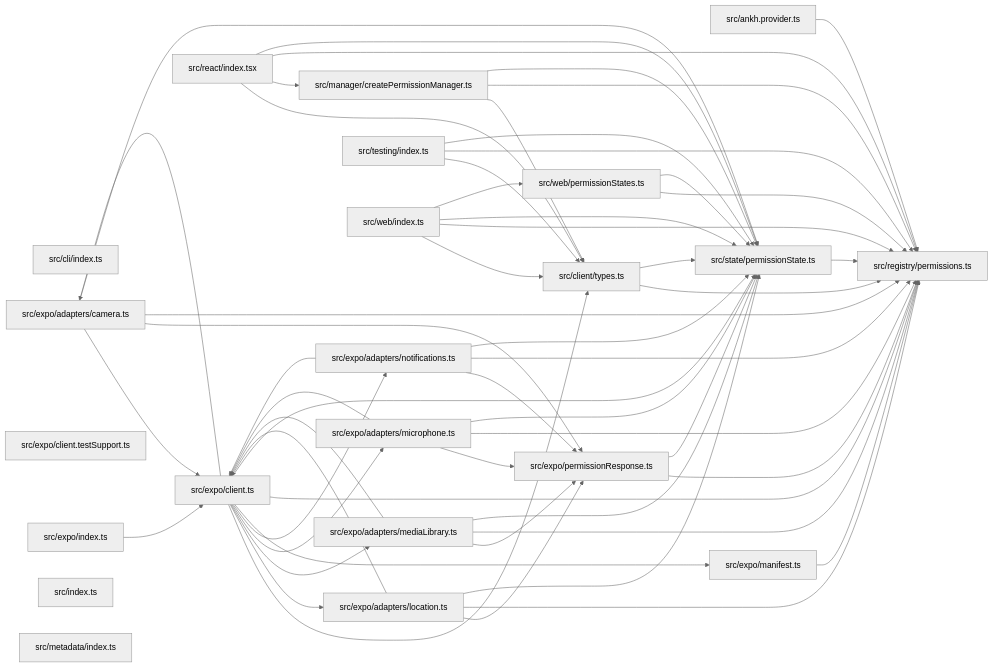
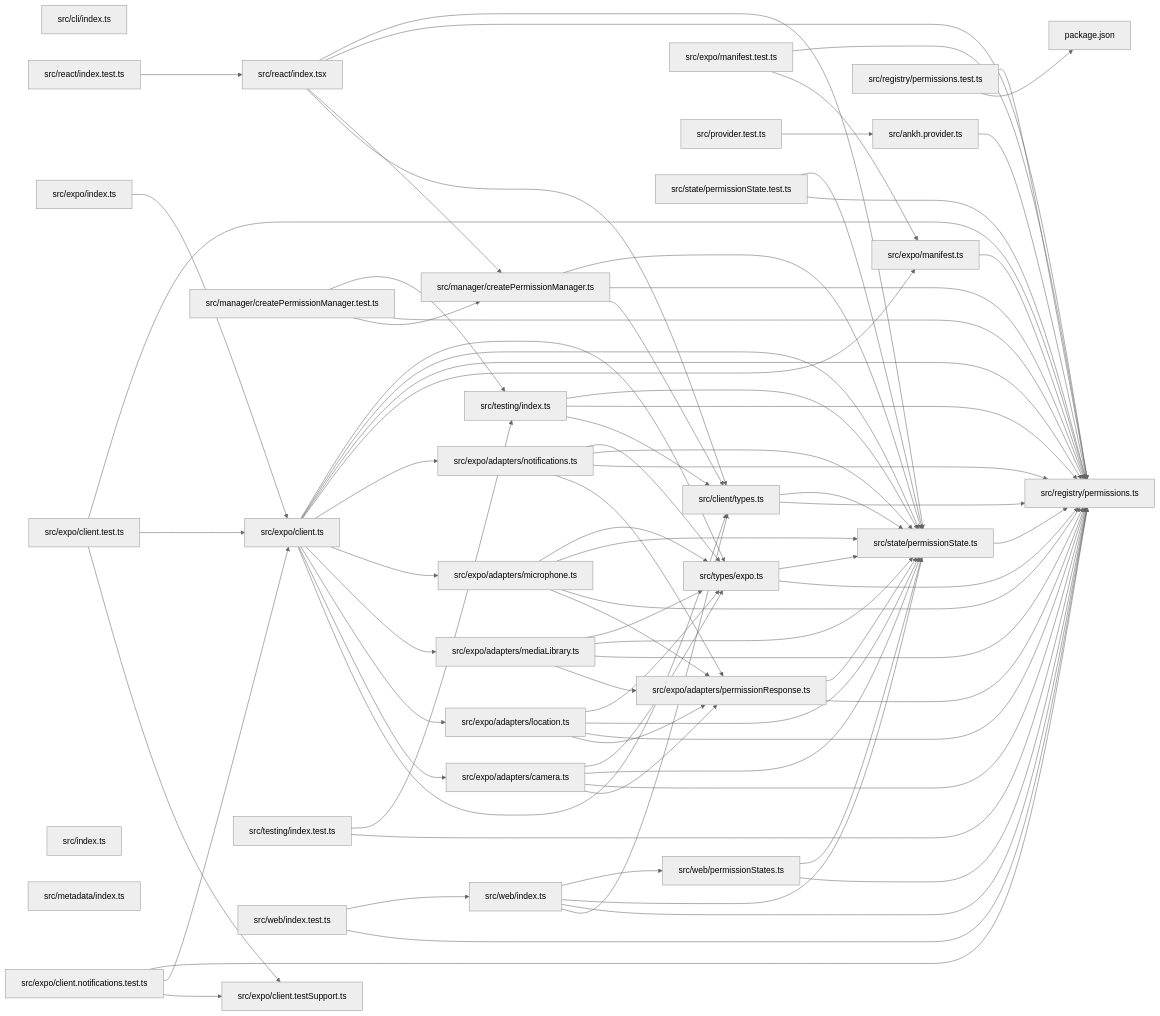
The diagram in paradox/diagrams/module-relationships.mmd (ankhorage/permissions), drawn with Mermaid (neutral theme) before and after one commit. The commit also changed 17 other files, not shown here.

```diff
--- a/paradox/diagrams/module-relationships.mmd
+++ b/paradox/diagrams/module-relationships.mmd
@@ -1,76 +1,112 @@
 graph LR
+  module_package_json["package.json"]
   module_src_ankh_provider_ts["src/ankh.provider.ts"]
   module_src_cli_index_ts["src/cli/index.ts"]
   module_src_client_types_ts["src/client/types.ts"]
   module_src_expo_adapters_camera_ts["src/expo/adapters/camera.ts"]
   module_src_expo_adapters_location_ts["src/expo/adapters/location.ts"]
   module_src_expo_adapters_mediaLibrary_ts["src/expo/adapters/mediaLibrary.ts"]
   module_src_expo_adapters_microphone_ts["src/expo/adapters/microphone.ts"]
   module_src_expo_adapters_notifications_ts["src/expo/adapters/notifications.ts"]
+  module_src_expo_adapters_permissionResponse_ts["src/expo/adapters/permissionResponse.ts"]
+  module_src_expo_client_notifications_test_ts["src/expo/client.notifications.test.ts"]
+  module_src_expo_client_test_ts["src/expo/client.test.ts"]
   module_src_expo_client_testSupport_ts["src/expo/client.testSupport.ts"]
   module_src_expo_client_ts["src/expo/client.ts"]
   module_src_expo_index_ts["src/expo/index.ts"]
+  module_src_expo_manifest_test_ts["src/expo/manifest.test.ts"]
   module_src_expo_manifest_ts["src/expo/manifest.ts"]
-  module_src_expo_permissionResponse_ts["src/expo/permissionResponse.ts"]
   module_src_index_ts["src/index.ts"]
+  module_src_manager_createPermissionManager_test_ts["src/manager/createPermissionManager.test.ts"]
   module_src_manager_createPermissionManager_ts["src/manager/createPermissionManager.ts"]
   module_src_metadata_index_ts["src/metadata/index.ts"]
+  module_src_provider_test_ts["src/provider.test.ts"]
+  module_src_react_index_test_ts["src/react/index.test.ts"]
   module_src_react_index_tsx["src/react/index.tsx"]
+  module_src_registry_permissions_test_ts["src/registry/permissions.test.ts"]
   module_src_registry_permissions_ts["src/registry/permissions.ts"]
+  module_src_state_permissionState_test_ts["src/state/permissionState.test.ts"]
   module_src_state_permissionState_ts["src/state/permissionState.ts"]
+  module_src_testing_index_test_ts["src/testing/index.test.ts"]
   module_src_testing_index_ts["src/testing/index.ts"]
+  module_src_types_expo_ts["src/types/expo.ts"]
+  module_src_web_index_test_ts["src/web/index.test.ts"]
   module_src_web_index_ts["src/web/index.ts"]
   module_src_web_permissionStates_ts["src/web/permissionStates.ts"]
   module_src_ankh_provider_ts --> module_src_registry_permissions_ts
   module_src_client_types_ts --> module_src_registry_permissions_ts
   module_src_client_types_ts --> module_src_state_permissionState_ts
-  module_src_expo_adapters_camera_ts --> module_src_expo_client_ts
-  module_src_expo_adapters_camera_ts --> module_src_expo_permissionResponse_ts
+  module_src_expo_adapters_camera_ts --> module_src_expo_adapters_permissionResponse_ts
   module_src_expo_adapters_camera_ts --> module_src_registry_permissions_ts
   module_src_expo_adapters_camera_ts --> module_src_state_permissionState_ts
-  module_src_expo_adapters_location_ts --> module_src_expo_client_ts
-  module_src_expo_adapters_location_ts --> module_src_expo_permissionResponse_ts
+  module_src_expo_adapters_camera_ts --> module_src_types_expo_ts
+  module_src_expo_adapters_location_ts --> module_src_expo_adapters_permissionResponse_ts
   module_src_expo_adapters_location_ts --> module_src_registry_permissions_ts
   module_src_expo_adapters_location_ts --> module_src_state_permissionState_ts
-  module_src_expo_adapters_mediaLibrary_ts --> module_src_expo_client_ts
-  module_src_expo_adapters_mediaLibrary_ts --> module_src_expo_permissionResponse_ts
+  module_src_expo_adapters_location_ts --> module_src_types_expo_ts
+  module_src_expo_adapters_mediaLibrary_ts --> module_src_expo_adapters_permissionResponse_ts
   module_src_expo_adapters_mediaLibrary_ts --> module_src_registry_permissions_ts
   module_src_expo_adapters_mediaLibrary_ts --> module_src_state_permissionState_ts
-  module_src_expo_adapters_microphone_ts --> module_src_expo_client_ts
-  module_src_expo_adapters_microphone_ts --> module_src_expo_permissionResponse_ts
+  module_src_expo_adapters_mediaLibrary_ts --> module_src_types_expo_ts
+  module_src_expo_adapters_microphone_ts --> module_src_expo_adapters_permissionResponse_ts
   module_src_expo_adapters_microphone_ts --> module_src_registry_permissions_ts
   module_src_expo_adapters_microphone_ts --> module_src_state_permissionState_ts
-  module_src_expo_adapters_notifications_ts --> module_src_expo_client_ts
-  module_src_expo_adapters_notifications_ts --> module_src_expo_permissionResponse_ts
+  module_src_expo_adapters_microphone_ts --> module_src_types_expo_ts
+  module_src_expo_adapters_notifications_ts --> module_src_expo_adapters_permissionResponse_ts
   module_src_expo_adapters_notifications_ts --> module_src_registry_permissions_ts
   module_src_expo_adapters_notifications_ts --> module_src_state_permissionState_ts
+  module_src_expo_adapters_notifications_ts --> module_src_types_expo_ts
+  module_src_expo_adapters_permissionResponse_ts --> module_src_registry_permissions_ts
+  module_src_expo_adapters_permissionResponse_ts --> module_src_state_permissionState_ts
+  module_src_expo_client_notifications_test_ts --> module_src_expo_client_testSupport_ts
+  module_src_expo_client_notifications_test_ts --> module_src_expo_client_ts
+  module_src_expo_client_notifications_test_ts --> module_src_registry_permissions_ts
+  module_src_expo_client_test_ts --> module_src_expo_client_testSupport_ts
+  module_src_expo_client_test_ts --> module_src_expo_client_ts
+  module_src_expo_client_test_ts --> module_src_registry_permissions_ts
   module_src_expo_client_ts --> module_src_client_types_ts
   module_src_expo_client_ts --> module_src_expo_adapters_camera_ts
   module_src_expo_client_ts --> module_src_expo_adapters_location_ts
   module_src_expo_client_ts --> module_src_expo_adapters_mediaLibrary_ts
   module_src_expo_client_ts --> module_src_expo_adapters_microphone_ts
   module_src_expo_client_ts --> module_src_expo_adapters_notifications_ts
   module_src_expo_client_ts --> module_src_expo_manifest_ts
   module_src_expo_client_ts --> module_src_registry_permissions_ts
   module_src_expo_client_ts --> module_src_state_permissionState_ts
+  module_src_expo_client_ts --> module_src_types_expo_ts
   module_src_expo_index_ts --> module_src_expo_client_ts
+  module_src_expo_manifest_test_ts --> module_src_expo_manifest_ts
+  module_src_expo_manifest_test_ts --> module_src_registry_permissions_ts
   module_src_expo_manifest_ts --> module_src_registry_permissions_ts
-  module_src_expo_permissionResponse_ts --> module_src_registry_permissions_ts
-  module_src_expo_permissionResponse_ts --> module_src_state_permissionState_ts
+  module_src_manager_createPermissionManager_test_ts --> module_src_manager_createPermissionManager_ts
+  module_src_manager_createPermissionManager_test_ts --> module_src_registry_permissions_ts
+  module_src_manager_createPermissionManager_test_ts --> module_src_testing_index_ts
   module_src_manager_createPermissionManager_ts --> module_src_client_types_ts
   module_src_manager_createPermissionManager_ts --> module_src_registry_permissions_ts
   module_src_manager_createPermissionManager_ts --> module_src_state_permissionState_ts
+  module_src_provider_test_ts --> module_src_ankh_provider_ts
+  module_src_react_index_test_ts --> module_src_react_index_tsx
   module_src_react_index_tsx --> module_src_client_types_ts
   module_src_react_index_tsx --> module_src_manager_createPermissionManager_ts
   module_src_react_index_tsx --> module_src_registry_permissions_ts
   module_src_react_index_tsx --> module_src_state_permissionState_ts
+  module_src_registry_permissions_test_ts --> module_package_json
+  module_src_registry_permissions_test_ts --> module_src_registry_permissions_ts
+  module_src_state_permissionState_test_ts --> module_src_registry_permissions_ts
+  module_src_state_permissionState_test_ts --> module_src_state_permissionState_ts
   module_src_state_permissionState_ts --> module_src_registry_permissions_ts
+  module_src_testing_index_test_ts --> module_src_registry_permissions_ts
+  module_src_testing_index_test_ts --> module_src_testing_index_ts
   module_src_testing_index_ts --> module_src_client_types_ts
   module_src_testing_index_ts --> module_src_registry_permissions_ts
   module_src_testing_index_ts --> module_src_state_permissionState_ts
+  module_src_types_expo_ts --> module_src_registry_permissions_ts
+  module_src_types_expo_ts --> module_src_state_permissionState_ts
+  module_src_web_index_test_ts --> module_src_registry_permissions_ts
+  module_src_web_index_test_ts --> module_src_web_index_ts
   module_src_web_index_ts --> module_src_client_types_ts
   module_src_web_index_ts --> module_src_registry_permissions_ts
   module_src_web_index_ts --> module_src_state_permissionState_ts
   module_src_web_index_ts --> module_src_web_permissionStates_ts
   module_src_web_permissionStates_ts --> module_src_registry_permissions_ts
   module_src_web_permissionStates_ts --> module_src_state_permissionState_ts
```
